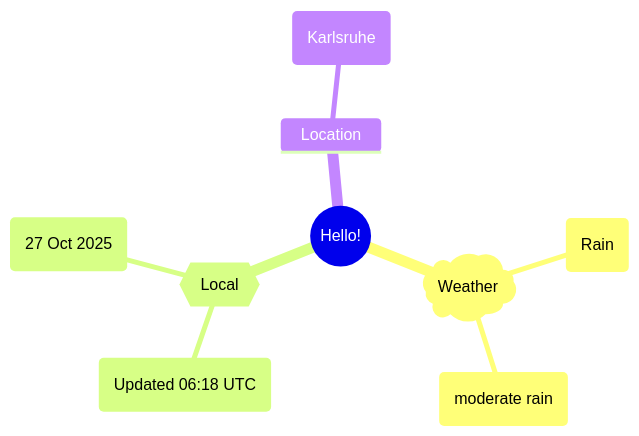
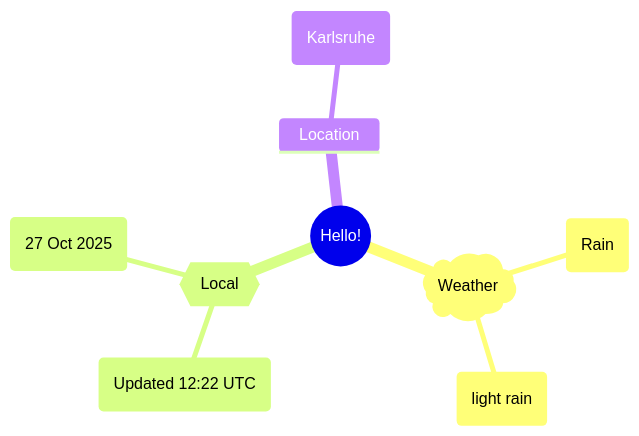
Before and after one commit to Xosrov/Xosrov: the first of 2 diagrams in README.md, drawn with Mermaid.

Commit message:
[bot] updated images

````diff
--- a/README.md
+++ b/README.md
@@ -3,12 +3,12 @@
 ```mermaid
 mindmap
   root((Hello!))
     )Weather(
         (Rain)
-        (moderate rain)
+        (light rain)
     {{Local}}
-        (Updated 06:18 UTC)
+        (Updated 12:22 UTC)
         (27 Oct 2025)
     Location
         (Karlsruhe)
 ```
````
